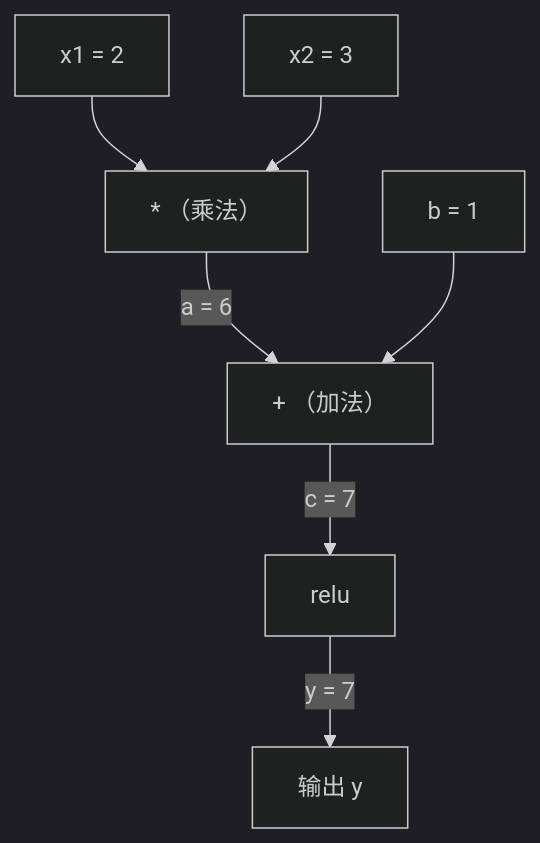
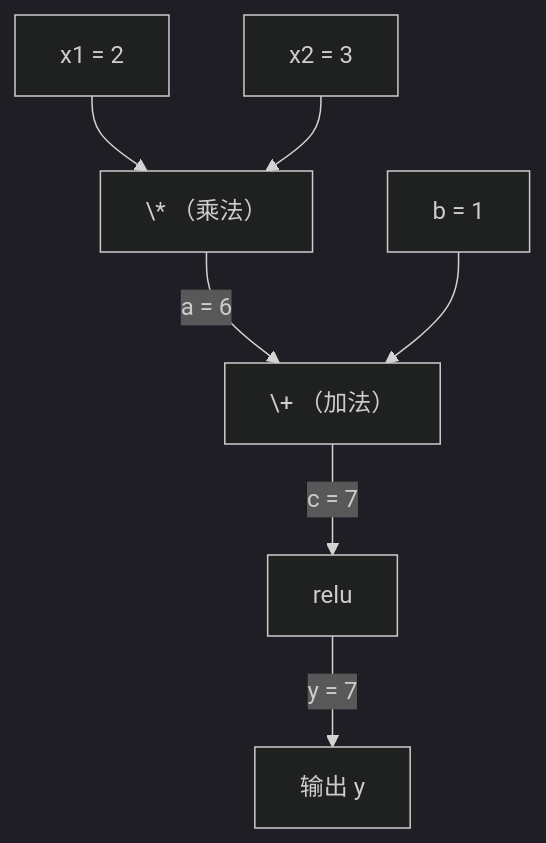
The first of 2 diagrams in phases/01-math-foundations/05-chain-rule-and-autodiff/docs/zh.md (MyGodOnLoad/ai-engineering-zh), drawn with Mermaid (dark theme) before and after one commit. The commit also changed other lines of this file, not shown here.

Commit message:
fix(zh): Phase 1-05 行内代码反引号修复 + mermaid *+ 转义 + 控制字符清理

````diff
--- a/phases/01-math-foundations/05-chain-rule-and-autodiff/docs/zh.md
+++ b/phases/01-math-foundations/05-chain-rule-and-autodiff/docs/zh.md
@@ -73,9 +76,9 @@
 ```mermaid
 graph TD
-    x1["x1 = 2"] --> mul["* （乘法）"]
+    x1["x1 = 2"] --> mul["\* （乘法）"]
     x2["x2 = 3"] --> mul
-    mul -->|"a = 6"| add["+ （加法）"]
+    mul -->|"a = 6"| add["\+ （加法）"]
     b["b = 1"] --> add
     add -->|"c = 7"| relu["relu"]
     relu -->|"y = 7"| y["输出 y"]
 ```
````
